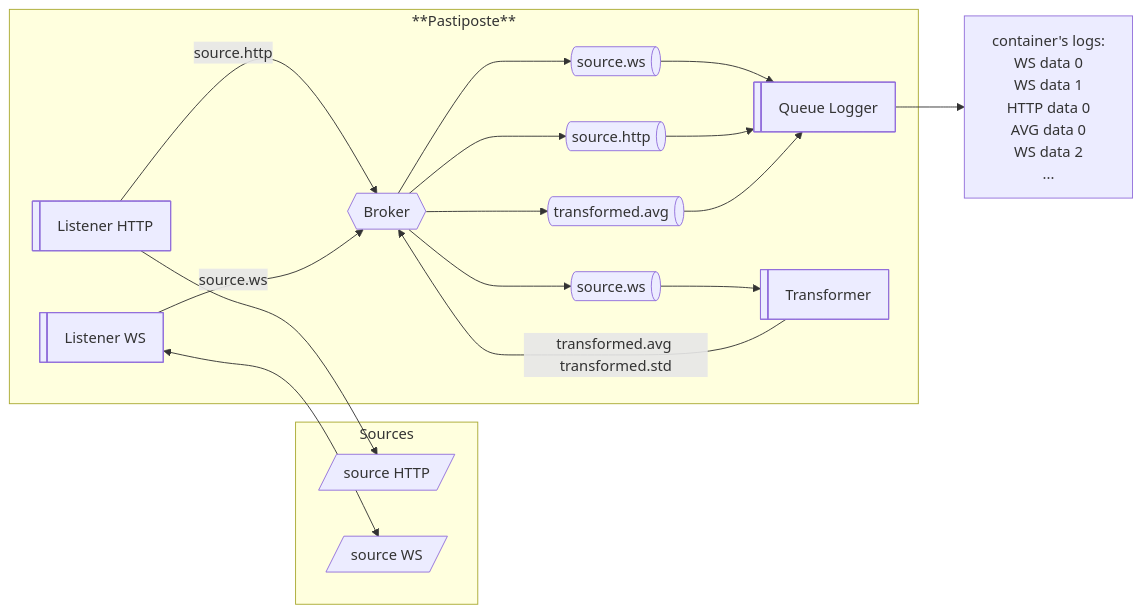
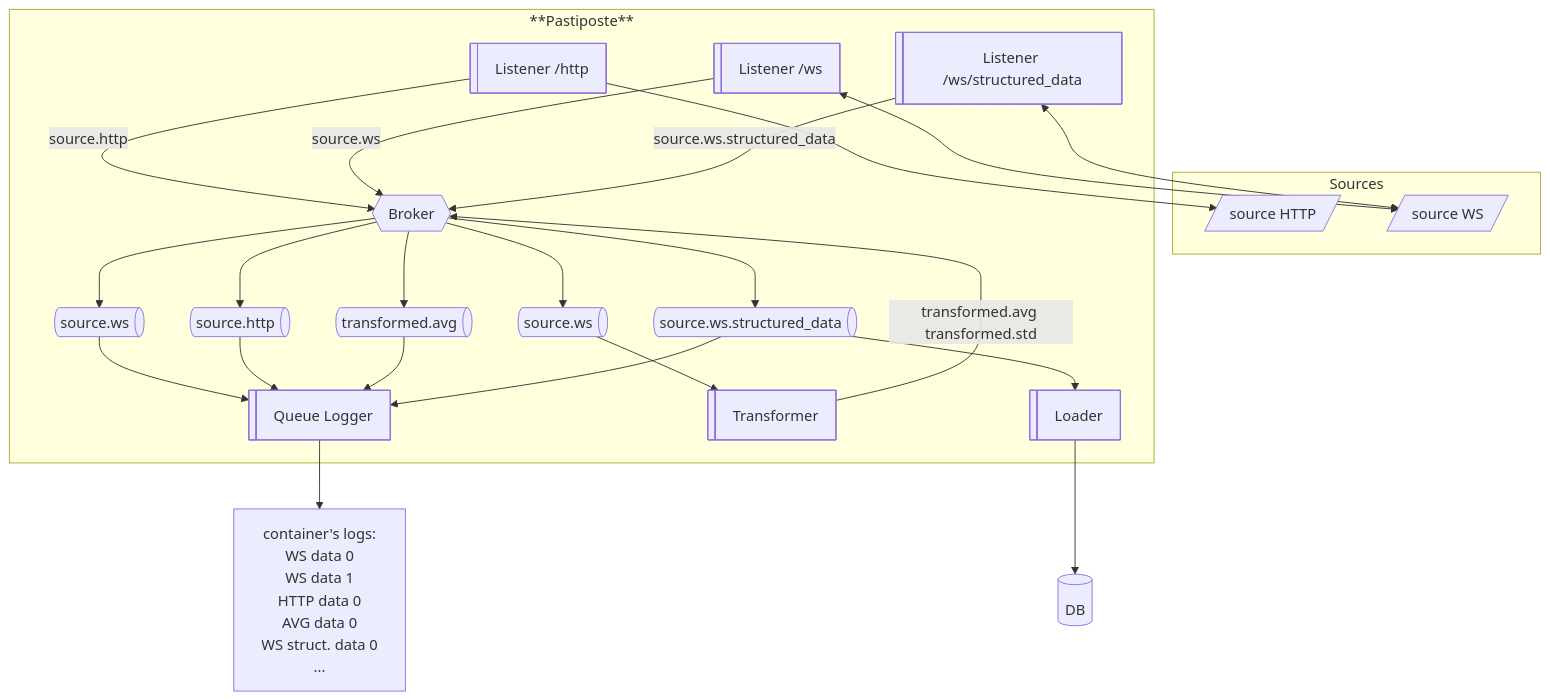
The first of 4 diagrams in README.md (lostipani/pastiposte), drawn with Mermaid before and after one commit. The commit also changed other lines of this file and 2 other files, not shown here.

Commit message:
fix: server WS try/except outside infinite loop; add DB Loader in README

````diff
--- a/README.md
+++ b/README.md
@@ -16,33 +18,39 @@
 ```mermaid
-flowchart LR
+flowchart TD
   subgraph Sources
   sourceHTTP@{ shape: lean-r, label: "source HTTP" }
   sourceWS@{ shape: lean-r, label: "source WS" }
   end
 
   subgraph **Pastiposte**
-  listenerHTTP@{ shape: lin-rect, label: "Listener HTTP" }
-  listenerWS@{ shape: lin-rect, label: "Listener WS" }
+  listenerHTTP@{ shape: lin-rect, label: "Listener /http" }
+  listenerWS@{ shape: lin-rect, label: "Listener /ws" }
+  listenerWSStruct@{ shape: lin-rect, label: "Listener /ws/structured_data" }
   listenerHTTP -->  sourceHTTP
   listenerWS <--> sourceWS
+  listenerWSStruct <--> sourceWS
   listenerHTTP -- source.http --> broker@{ shape: hex, label: "Broker" }
   listenerWS -- source.ws --> broker@{ shape: hex, label: "Broker" }
+  listenerWSStruct -- source.ws.structured_data --> broker@{ shape: hex, label: "Broker" }
 
   broker --> q1@{ shape: das, label: "source.ws" }
   broker --> q2@{ shape: das, label: "source.http" }
   broker --> q3@{ shape: das, label: "source.ws" }
+  broker --> q5@{ shape: das, label: "source.ws.structured_data" }
   broker --> q4@{ shape: das, label: "transformed.avg" }
 
-  q1 & q2 & q4 --> QueueLogger@{ shape: lin-rect, label: "Queue Logger"}
-  q3 --> Transformer@{ shape: lin-rect, label: "Transformer"}
+  q1 & q2 & q4 & q5 --> QueueLogger@{ shape: lin-rect, label: "Queue Logger" }
+  q3 --> Transformer@{ shape: lin-rect, label: "Transformer" }
   Transformer -- transformed.avg transformed.std --> broker
+  q5 --> Loader@{ shape: lin-rect, label: "Loader" }
   end
 
+  Loader --> DB@{ shape: db, label: "DB" }
   QueueLogger --> log@{ shape: rect, label: "container's logs:
   WS data 0
   WS data 1
   HTTP data 0
   AVG data 0
-  WS data 2
+  WS struct. data 0
   ..." }
 ```
````
